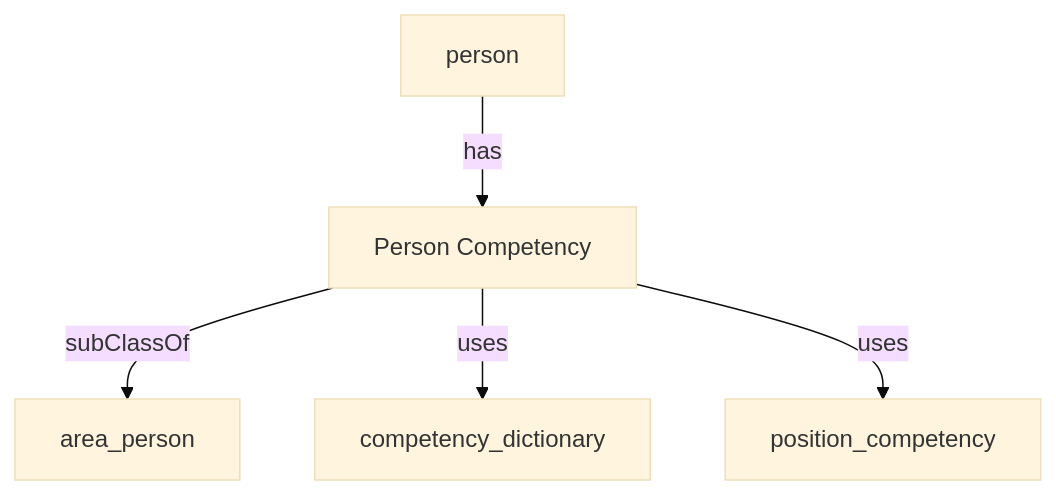
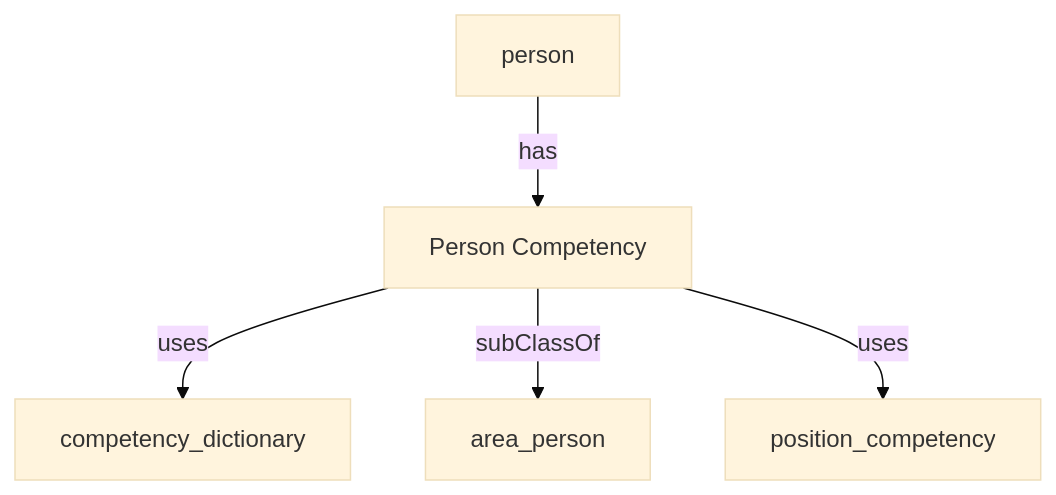
Before and after one commit to heidingaway/heidi2: the diagram in content/hr_data_model/person_competency.md, drawn with Mermaid (base theme). The commit also changed other lines of this file and 350 other files, not shown here.

````diff
--- a/content/hr_data_model/person_competency.md
+++ b/content/hr_data_model/person_competency.md
@@ -23,12 +24,12 @@
 ```mermaid
 graph TD
   Person_Competency["Person Competency"]:::current-page-node
   area_person["area_person"]
   competency_dictionary["competency_dictionary"]
   position_competency["position_competency"]
   person["person"]
+  Person_Competency-->|" uses "|competency_dictionary
+  Person_Competency-->|" subClassOf "|area_person
   person-->|" has "|Person_Competency
-  Person_Competency-->|" subClassOf "|area_person
-  Person_Competency-->|" uses "|competency_dictionary
   Person_Competency-->|" uses "|position_competency
 ```
````
